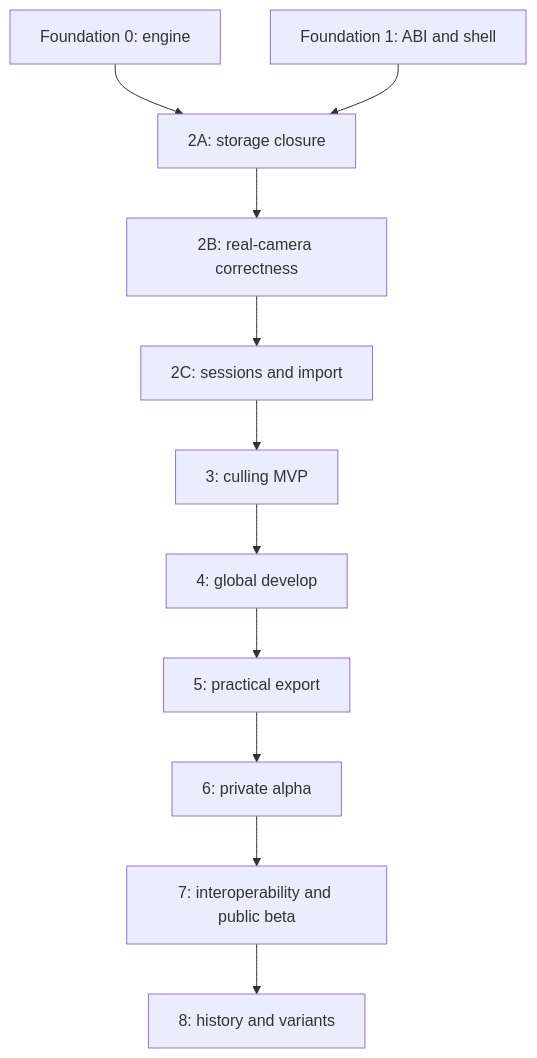
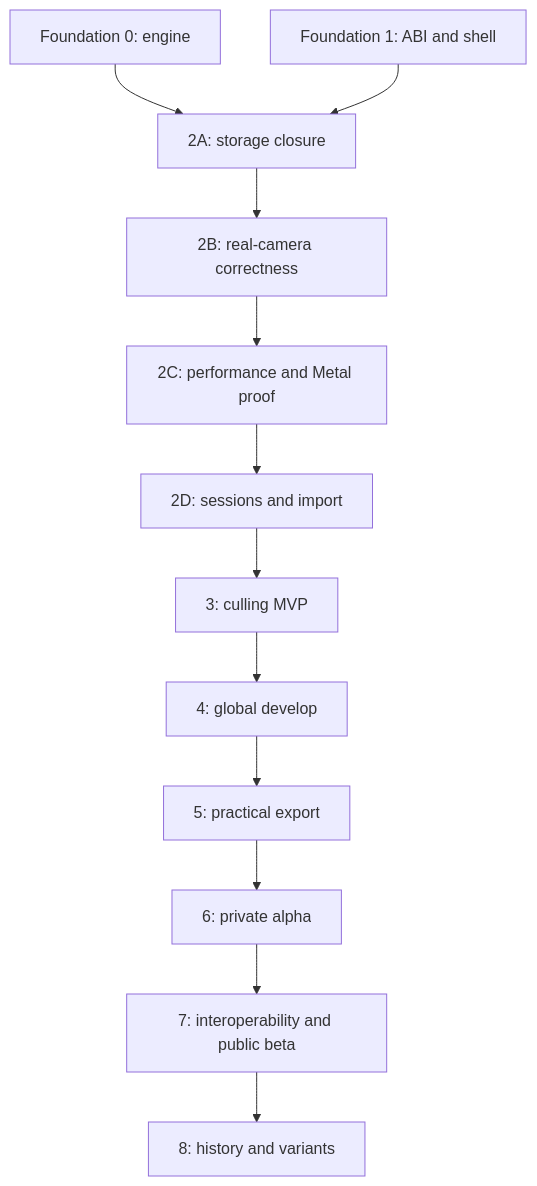
The diagram in plan.md (zmscode/banksia), drawn with Mermaid before and after one commit. The commit also changed other lines of this file and 13 other files, not shown here.

Commit message:
roadmap: begin Phase 2C Metal proof

````diff
--- a/plan.md
+++ b/plan.md
@@ -121,13 +123,14 @@
 ```mermaid
 graph TD
     F0[Foundation 0: engine] --> P2A[2A: storage closure]
     F1[Foundation 1: ABI and shell] --> P2A
     P2A --> P2B[2B: real-camera correctness]
-    P2B --> P2C[2C: sessions and import]
-    P2C --> P3[3: culling MVP]
+    P2B --> P2C[2C: performance and Metal proof]
+    P2C --> P2D[2D: sessions and import]
+    P2D --> P3[3: culling MVP]
     P3 --> P4[4: global develop]
     P4 --> P5[5: practical export]
     P5 --> P6[6: private alpha]
     P6 --> P7[7: interoperability and public beta]
     P7 --> P8[8: history and variants]
 ```
````
